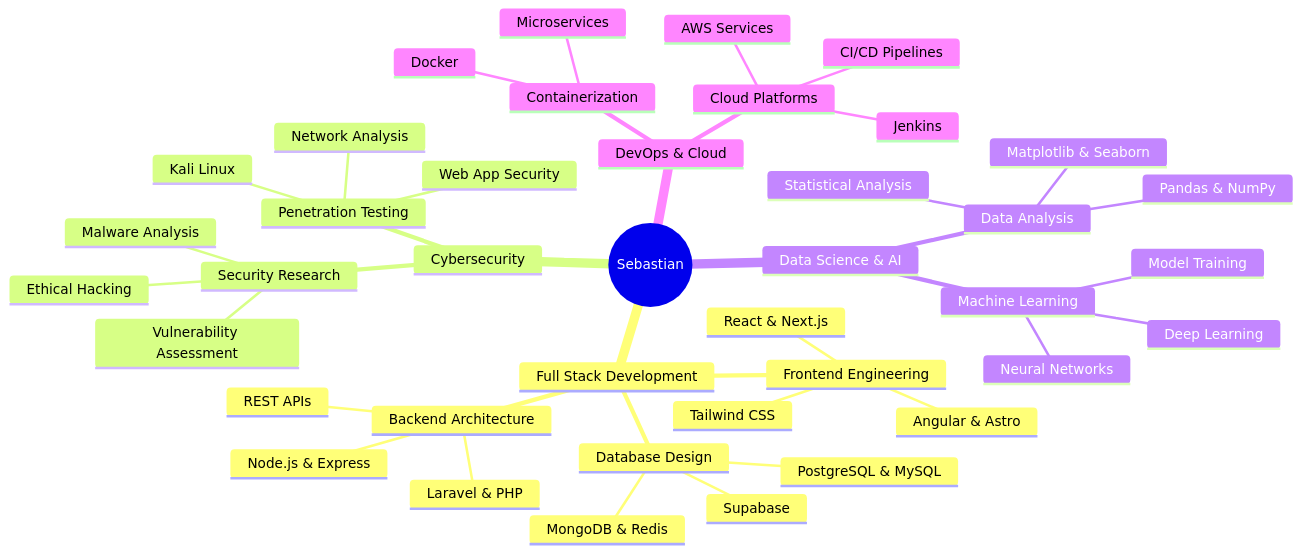
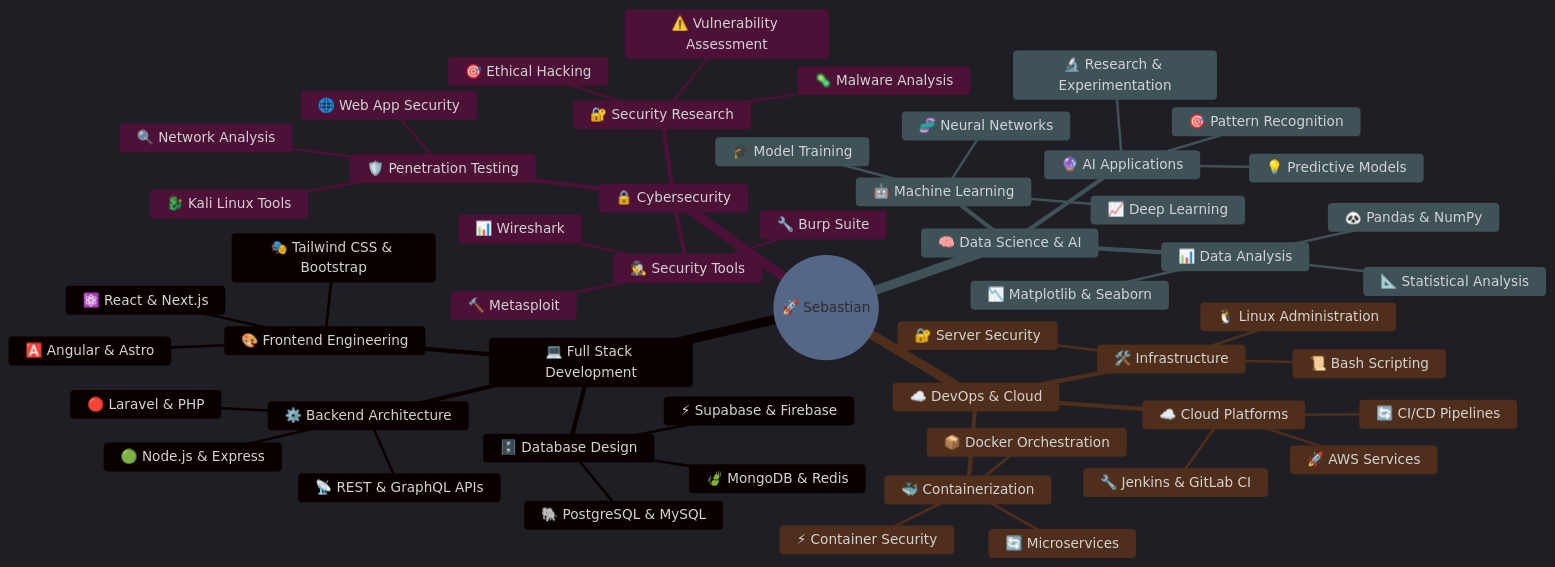
The diagram in README.md (devsebastian44/Devsebastian44), drawn with Mermaid before and after one commit.

Commit message:
Version 1

````diff
--- a/README.md
+++ b/README.md
@@ -75,43 +75,57 @@
 ```mermaid
+%%{init: {'theme':'dark', 'themeVariables': { 'primaryColor':'#1a1b27','primaryTextColor':'#fff','primaryBorderColor':'#7C3AED','lineColor':'#7C3AED','secondaryColor':'#2d3748','tertiaryColor':'#1a202c'}}}%%
 mindmap
-  root((Sebastian))
-    Full Stack Development
-      Frontend Engineering
-        React & Next.js
-        Angular & Astro
-        Tailwind CSS
-      Backend Architecture
-        Node.js & Express
-        Laravel & PHP
-        REST APIs
-      Database Design
-        PostgreSQL & MySQL
-        MongoDB & Redis
-        Supabase
-    Cybersecurity
-      Penetration Testing
-        Web App Security
-        Network Analysis
-        Kali Linux
-      Security Research
-        Malware Analysis
-        Vulnerability Assessment
-        Ethical Hacking
-    Data Science & AI
-      Machine Learning
-        Neural Networks
-        Deep Learning
-        Model Training
-      Data Analysis
-        Pandas & NumPy
-        Matplotlib & Seaborn
-        Statistical Analysis
-    DevOps & Cloud
-      Containerization
-        Docker
-        Microservices
-      Cloud Platforms
-        AWS Services
-        CI/CD Pipelines
-        Jenkins
+  root((🚀 Sebastian))
+    💻 Full Stack Development
+      🎨 Frontend Engineering
+        ⚛️ React & Next.js
+        🅰️ Angular & Astro
+        🎭 Tailwind CSS & Bootstrap
+      ⚙️ Backend Architecture
+        🟢 Node.js & Express
+        🔴 Laravel & PHP
+        📡 REST & GraphQL APIs
+      🗄️ Database Design
+        🐘 PostgreSQL & MySQL
+        🍃 MongoDB & Redis
+        ⚡ Supabase & Firebase
+    🔒 Cybersecurity
+      🛡️ Penetration Testing
+        🌐 Web App Security
+        🔍 Network Analysis
+        🐉 Kali Linux Tools
+      🔐 Security Research
+        🦠 Malware Analysis
+        ⚠️ Vulnerability Assessment
+        🎯 Ethical Hacking
+      🕵️ Security Tools
+        🔧 Burp Suite
+        📊 Wireshark
+        🔨 Metasploit
+    🧠 Data Science & AI
+      🤖 Machine Learning
+        🧬 Neural Networks
+        📈 Deep Learning
+        🎓 Model Training
+      📊 Data Analysis
+        🐼 Pandas & NumPy
+        📉 Matplotlib & Seaborn
+        📐 Statistical Analysis
+      🔮 AI Applications
+        💡 Predictive Models
+        🎯 Pattern Recognition
+        🔬 Research & Experimentation
+    ☁️ DevOps & Cloud
+      🐳 Containerization
+        📦 Docker Orchestration
+        🔄 Microservices
+        ⚡ Container Security
+      ☁️ Cloud Platforms
+        🚀 AWS Services
+        🔄 CI/CD Pipelines
+        🔧 Jenkins & GitLab CI
+      🛠️ Infrastructure
+        🐧 Linux Administration
+        📜 Bash Scripting
+        🔐 Server Security
 ```
````
